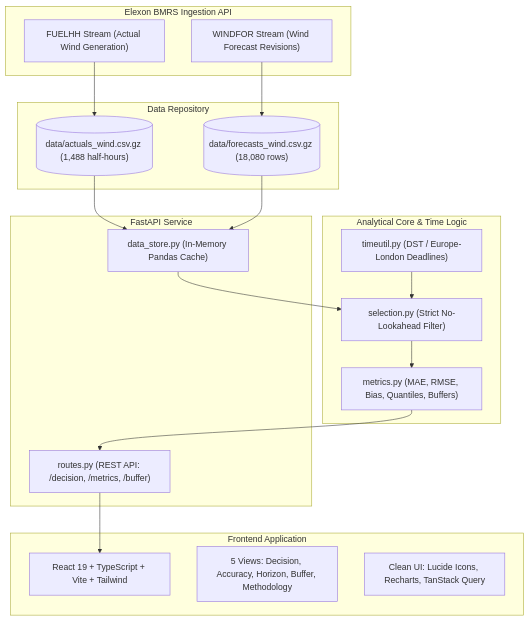
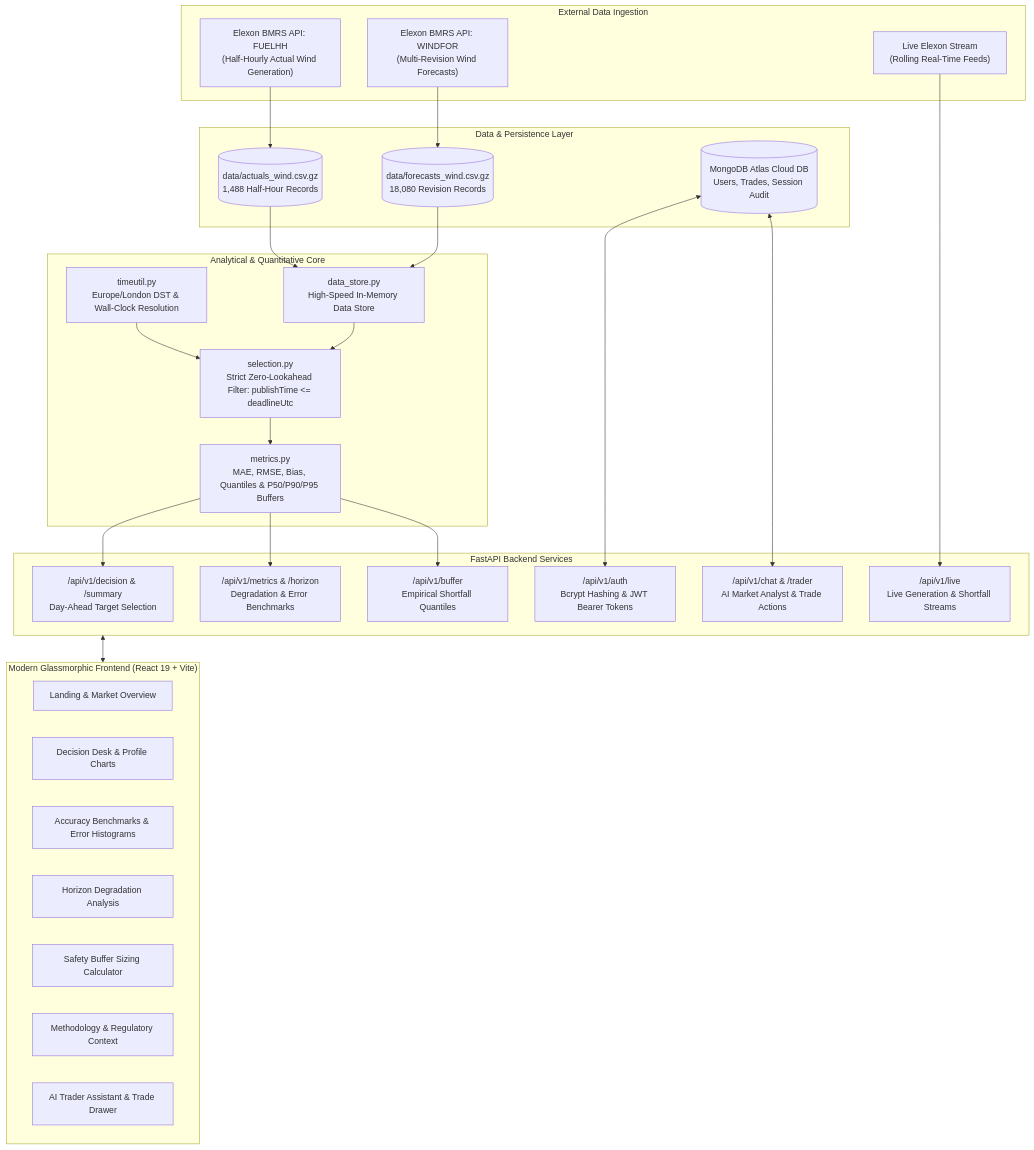
The first of 2 diagrams in README.md (abhayshaw1601/asdsdfw), drawn with Mermaid before and after one commit. The commit also changed other lines of this file, not shown here.

````diff
--- a/README.md
+++ b/README.md
@@ -32,39 +53,59 @@
 ```mermaid
 flowchart TD
-    subgraph Data Sources [Elexon BMRS Ingestion API]
-        ElexonActuals["FUELHH Stream (Actual Wind Generation)"]
-        ElexonForecasts["WINDFOR Stream (Wind Forecast Revisions)"]
+    subgraph DataSources["External Data Ingestion"]
+        BMRS_Actuals["Elexon BMRS API: FUELHH<br/>(Half-Hourly Actual Wind Generation)"]
+        BMRS_Forecasts["Elexon BMRS API: WINDFOR<br/>(Multi-Revision Wind Forecasts)"]
+        LiveStream["Live Elexon Stream<br/>(Rolling Real-Time Feeds)"]
     end
 
-    subgraph Storage [Data Repository]
-        ActualsGz[("data/actuals_wind.csv.gz (1,488 half-hours)")]
-        ForecastsGz[("data/forecasts_wind.csv.gz (18,080 rows)")]
+    subgraph StorageLayer["Data & Persistence Layer"]
+        GzActuals[("data/actuals_wind.csv.gz<br/>1,488 Half-Hour Records")]
+        GzForecasts[("data/forecasts_wind.csv.gz<br/>18,080 Revision Records")]
+        MongoAtlas[("MongoDB Atlas Cloud DB<br/>Users, Trades, Session Audit")]
     end
 
-    subgraph Core Engine [Analytical Core & Time Logic]
-        TimeUtil["timeutil.py (DST / Europe-London Deadlines)"]
-        Selection["selection.py (Strict No-Lookahead Filter)"]
-        Metrics["metrics.py (MAE, RMSE, Bias, Quantiles, Buffers)"]
+    subgraph AnalyticalCore["Analytical & Quantitative Core"]
+        TimeEngine["timeutil.py<br/>Europe/London DST & Wall-Clock Resolution"]
+        SelectionEngine["selection.py<br/>Strict Zero-Lookahead Filter: publishTime <= deadlineUtc"]
+        MetricsEngine["metrics.py<br/>MAE, RMSE, Bias, Quantiles & P50/P90/P95 Buffers"]
+        DataStoreCache["data_store.py<br/>High-Speed In-Memory Data Store"]
     end
 
-    subgraph Backend [FastAPI Service]
-        DataStore["data_store.py (In-Memory Pandas Cache)"]
-        Routes["routes.py (REST API: /decision, /metrics, /buffer)"]
+    subgraph BackendAPI["FastAPI Backend Services"]
+        RouterDecision["/api/v1/decision & /summary<br/>Day-Ahead Target Selection"]
+        RouterMetrics["/api/v1/metrics & /horizon<br/>Degradation & Error Benchmarks"]
+        RouterBuffer["/api/v1/buffer<br/>Empirical Shortfall Quantiles"]
+        RouterAuth["/api/v1/auth<br/>Bcrypt Hashing & JWT Bearer Tokens"]
+        RouterLive["/api/v1/live<br/>Live Generation & Shortfall Streams"]
+        RouterTrader["/api/v1/chat & /trader<br/>AI Market Analyst & Trade Actions"]
     end
 
-    subgraph Delivery [Frontend Application]
-        ViteApp["React 19 + TypeScript + Vite + Tailwind"]
-        Pages["5 Views: Decision, Accuracy, Horizon, Buffer, Methodology"]
-        Shadcn["Clean UI: Lucide Icons, Recharts, TanStack Query"]
+    subgraph Presentation["Modern Glassmorphic Frontend (React 19 + Vite)"]
+        LandingView["Landing & Market Overview"]
+        DecisionView["Decision Desk & Profile Charts"]
+        AccuracyView["Accuracy Benchmarks & Error Histograms"]
+        HorizonView["Horizon Degradation Analysis"]
+        BufferView["Safety Buffer Sizing Calculator"]
+        MethodologyView["Methodology & Regulatory Context"]
+        CopilotModal["AI Trader Assistant & Trade Drawer"]
     end
 
-    ElexonActuals --> ActualsGz
-    ElexonForecasts --> ForecastsGz
-    ActualsGz --> DataStore
-    ForecastsGz --> DataStore
-    TimeUtil --> Selection
-    DataStore --> Selection
-    Selection --> Metrics
-    Metrics --> Routes
-    Routes --> ViteApp
+    BMRS_Actuals --> GzActuals
+    BMRS_Forecasts --> GzForecasts
+    LiveStream --> RouterLive
+
+    GzActuals --> DataStoreCache
+    GzForecasts --> DataStoreCache
+    MongoAtlas <--> RouterAuth
+    MongoAtlas <--> RouterTrader
+
+    DataStoreCache --> SelectionEngine
+    TimeEngine --> SelectionEngine
+    SelectionEngine --> MetricsEngine
+
+    MetricsEngine --> RouterDecision
+    MetricsEngine --> RouterMetrics
+    MetricsEngine --> RouterBuffer
+
+    BackendAPI <--> Presentation
 ```
````
